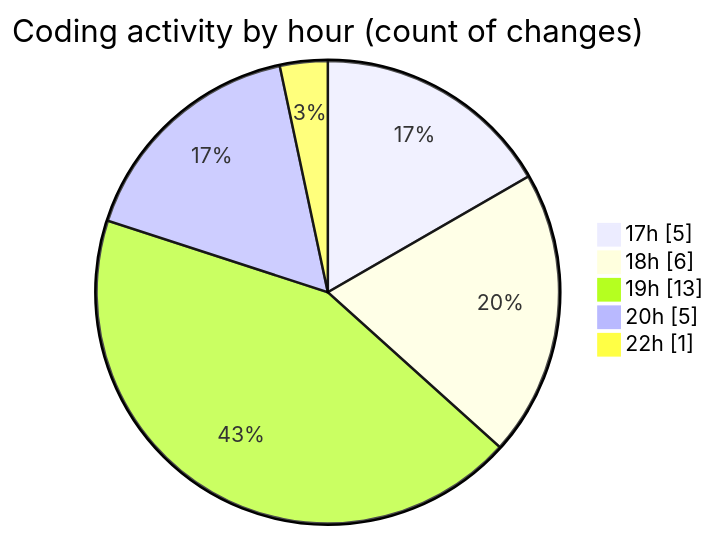
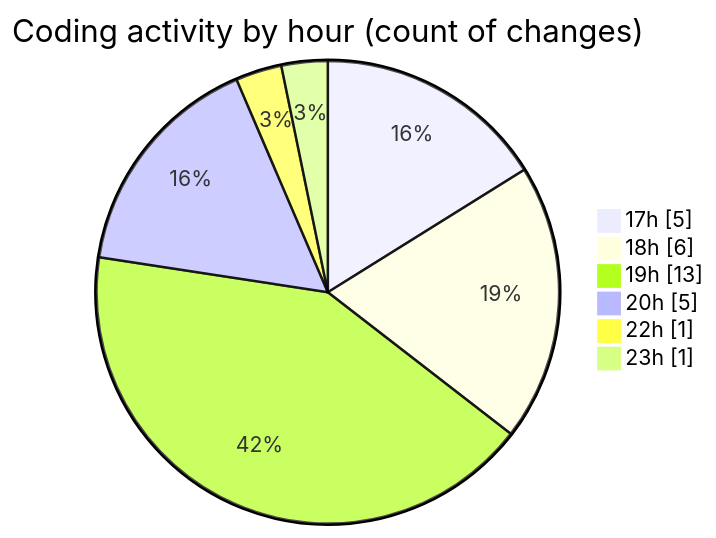
One commit to tmsrecording-cyber/code-tracking changed the second of 2 diagrams in 2026-02-01/singularitybrainai/README.md. Above: the diagram before and after it, drawn with Mermaid. The commit also changed other lines of this file and 1 other file, not shown here.

````diff
--- a/2026-02-01/singularitybrainai/README.md
+++ b/2026-02-01/singularitybrainai/README.md
@@ -34,9 +35,10 @@
 ```mermaid
 pie showData
 title Coding activity by hour (count of changes)
 "17h" : 5
 "18h" : 6
 "19h" : 13
 "20h" : 5
 "22h" : 1
+"23h" : 1
 ```
````
